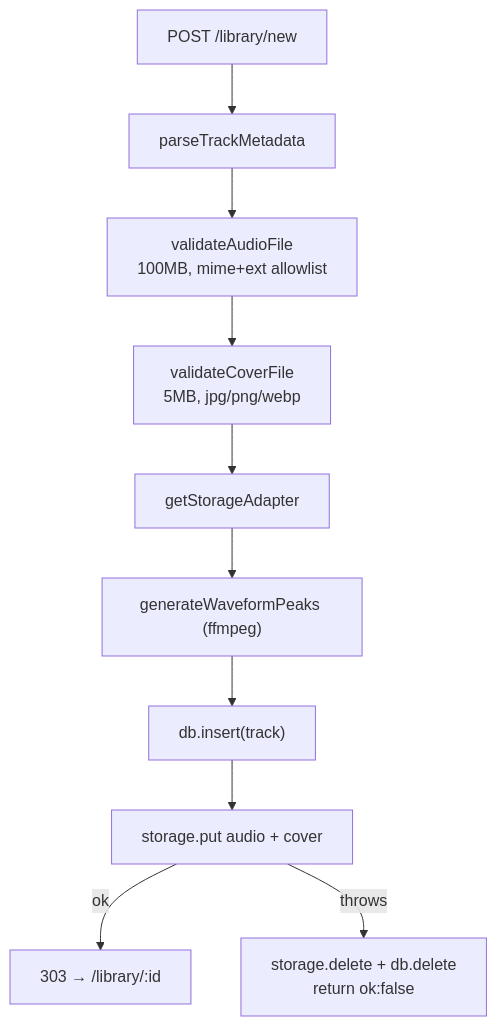
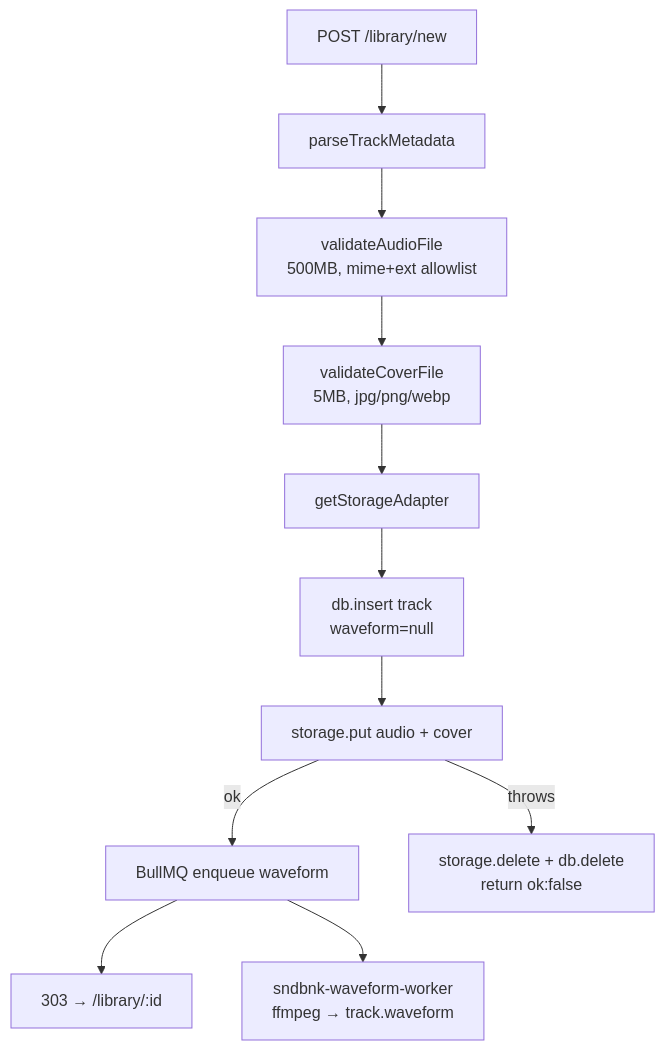
The diagram in docs/media-and-storage.md (spreadsheetsusa/sndbnk), drawn with Mermaid before and after one commit. The commit also changed other lines of this file and 26 other files, not shown here.

First line of the commit message:
feat: integrate BullMQ for asynchronous waveform processing

````diff
--- a/docs/media-and-storage.md
+++ b/docs/media-and-storage.md
@@ -83,12 +83,13 @@
 ```mermaid
 flowchart TD
   form["POST /library/new"] --> meta["parseTrackMetadata"]
-  meta --> audio["validateAudioFile<br/>100MB, mime+ext allowlist"]
+  meta --> audio["validateAudioFile<br/>500MB, mime+ext allowlist"]
   audio --> cover["validateCoverFile<br/>5MB, jpg/png/webp"]
   cover --> resolve["getStorageAdapter"]
-  resolve --> peaks["generateWaveformPeaks (ffmpeg)"]
-  peaks --> insert["db.insert(track)"]
+  resolve --> insert["db.insert track<br/>waveform=null"]
   insert --> put["storage.put audio + cover"]
-  put -->|ok| done["303 → /library/:id"]
+  put -->|ok| enqueue["BullMQ enqueue waveform"]
+  enqueue --> done["303 → /library/:id"]
   put -->|throws| rollback["storage.delete + db.delete<br/>return ok:false"]
+  enqueue --> worker["sndbnk-waveform-worker<br/>ffmpeg → track.waveform"]
 ```
````
